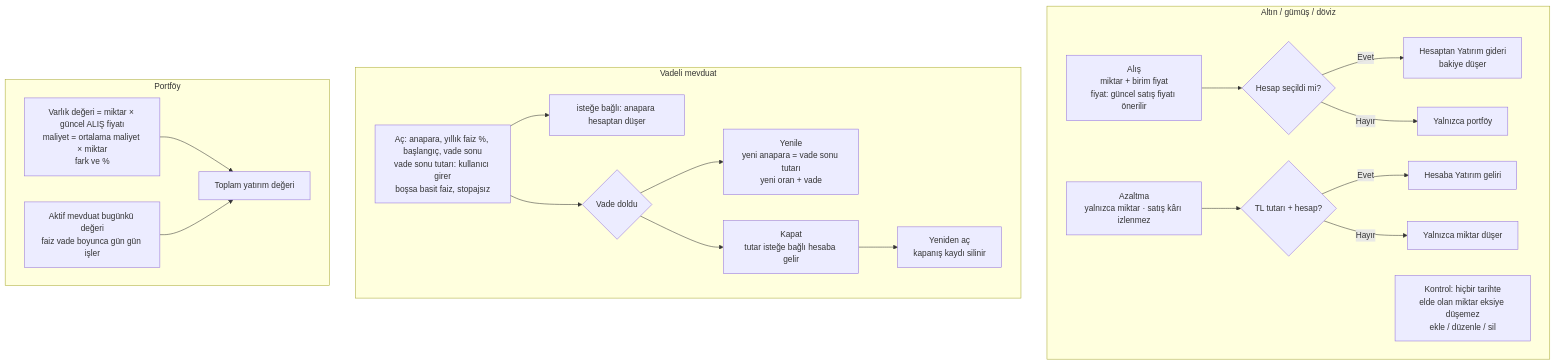
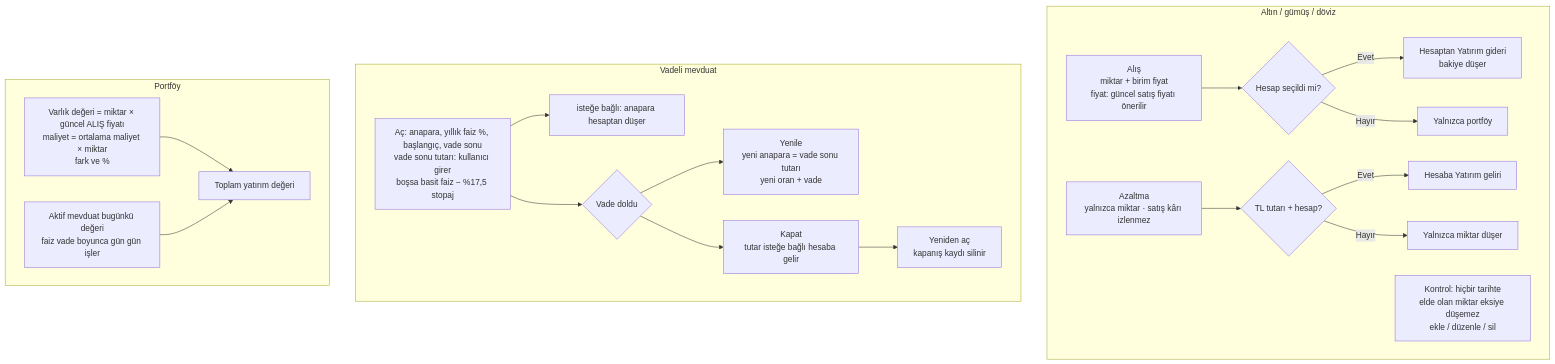
One commit to anilcelik0/saving changed the ninth of 10 diagrams in docs/FLOW.md. Above: the diagram before and after it, drawn with Mermaid. The commit also changed 5 other files, not shown here.

````diff
--- a/docs/FLOW.md
+++ b/docs/FLOW.md
@@ -279,23 +279,23 @@
 ```mermaid
 flowchart TD
     subgraph Varlik["Altın / gümüş / döviz"]
         B[Alış<br/>miktar + birim fiyat<br/>fiyat: güncel satış fiyatı önerilir] --> BA{Hesap seçildi mi?}
         BA -- Evet --> BE[Hesaptan Yatırım gideri<br/>bakiye düşer]
         BA -- Hayır --> BP[Yalnızca portföy]
         R[Azaltma<br/>yalnızca miktar · satış kârı izlenmez] --> RA{TL tutarı + hesap?}
         RA -- Evet --> RI[Hesaba Yatırım geliri]
         RA -- Hayır --> RP[Yalnızca miktar düşer]
         G[Kontrol: hiçbir tarihte<br/>elde olan miktar eksiye düşemez<br/>ekle / düzenle / sil]
     end
     subgraph Mevduat["Vadeli mevduat"]
-        O[Aç: anapara, yıllık faiz %, başlangıç, vade sonu<br/>vade sonu tutarı: kullanıcı girer<br/>boşsa basit faiz, stopajsız] --> OA[isteğe bağlı: anapara hesaptan düşer]
+        O[Aç: anapara, yıllık faiz %, başlangıç, vade sonu<br/>vade sonu tutarı: kullanıcı girer<br/>boşsa basit faiz − %17,5 stopaj] --> OA[isteğe bağlı: anapara hesaptan düşer]
         O --> M{Vade doldu}
         M --> RN[Yenile<br/>yeni anapara = vade sonu tutarı<br/>yeni oran + vade]
         M --> CL[Kapat<br/>tutar isteğe bağlı hesaba gelir]
         CL --> RO[Yeniden aç<br/>kapanış kaydı silinir]
     end
     subgraph Portfoy["Portföy"]
         V[Varlık değeri = miktar × güncel ALIŞ fiyatı<br/>maliyet = ortalama maliyet × miktar<br/>fark ve %] --> TOT[Toplam yatırım değeri]
         DV[Aktif mevduat bugünkü değeri<br/>faiz vade boyunca gün gün işler] --> TOT
     end
 ```
````
